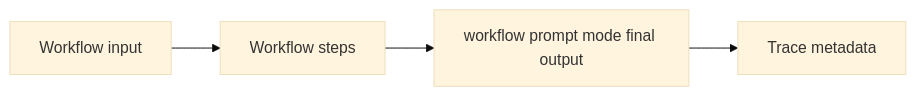
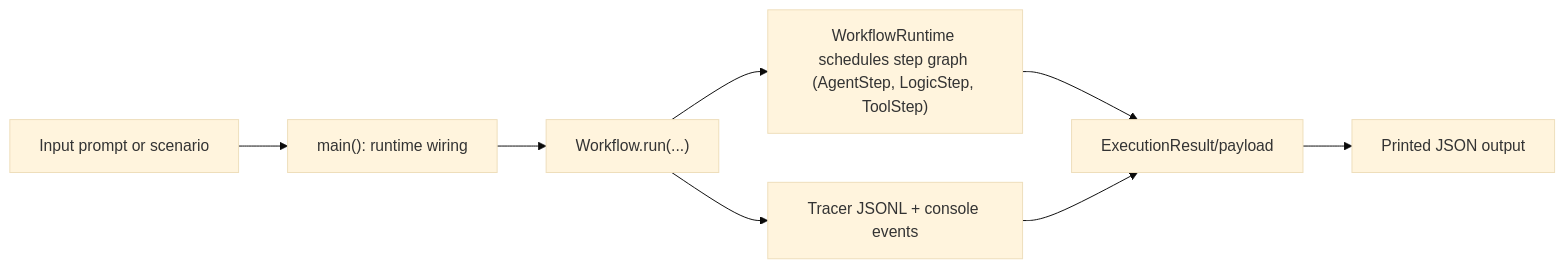
The diagram in docs/examples/workflow/workflow_prompt_mode.rst (cmudrc/design-research-agents), drawn with Mermaid (base theme) before and after one commit. The commit also changed other lines of this file and 83 other files, not shown here.

```diff
--- a/docs/examples/workflow/workflow_prompt_mode.rst
+++ b/docs/examples/workflow/workflow_prompt_mode.rst
@@ -21,6 +21,10 @@
 .. mermaid::
 
    flowchart LR
-       A["Workflow input"] --> B["Workflow steps"]
-       B --> C["workflow prompt mode final output"]
-       C --> D["Trace metadata"]
+       A["Input prompt or scenario"] --> B["main(): runtime wiring"]
+       B --> C["Workflow.run(...)"]
+       C --> D["WorkflowRuntime schedules step graph (AgentStep, LogicStep, ToolStep)"]
+       C --> E["Tracer JSONL + console events"]
+       D --> F["ExecutionResult/payload"]
+       E --> F
+       F --> G["Printed JSON output"]
```
